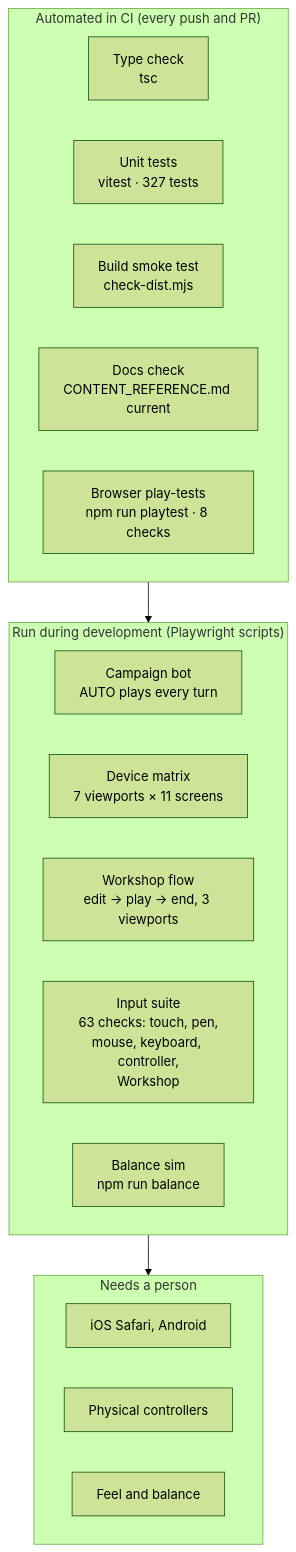
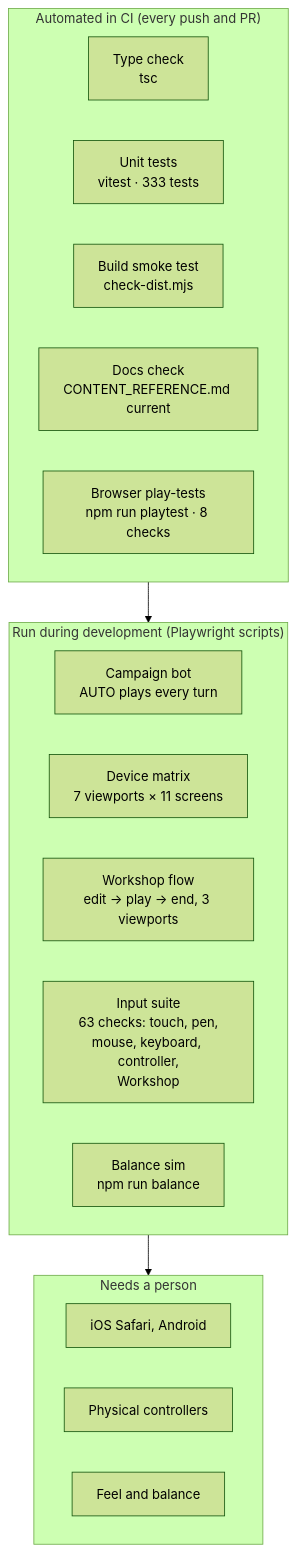
Before and after one commit to CptNope/Chess-RPG-Tactics: the diagram in docs/TESTING.md, drawn with Mermaid (forest theme). The commit also changed other lines of this file and 29 other files, not shown here.

````diff
--- a/docs/TESTING.md
+++ b/docs/TESTING.md
@@ -9,23 +9,23 @@
 ```mermaid
 flowchart TB
     subgraph Auto["Automated in CI (every push and PR)"]
         T1["Type check<br/>tsc"]
-        T2["Unit tests<br/>vitest · 327 tests"]
+        T2["Unit tests<br/>vitest · 333 tests"]
         T3["Build smoke test<br/>check-dist.mjs"]
         T4["Docs check<br/>CONTENT_REFERENCE.md current"]
         T5["Browser play-tests<br/>npm run playtest · 8 checks"]
     end
     subgraph Dev["Run during development (Playwright scripts)"]
         P1["Campaign bot<br/>AUTO plays every turn"]
         P2["Device matrix<br/>7 viewports × 11 screens"]
         P4["Workshop flow<br/>edit → play → end, 3 viewports"]
         P3["Input suite<br/>63 checks: touch, pen,<br/>mouse, keyboard, controller,<br/>Workshop"]
         P5["Balance sim<br/>npm run balance"]
     end
     subgraph Human["Needs a person"]
         H1["iOS Safari, Android"]
         H2["Physical controllers"]
         H3["Feel and balance"]
     end
     Auto --> Dev --> Human
 ```
````
